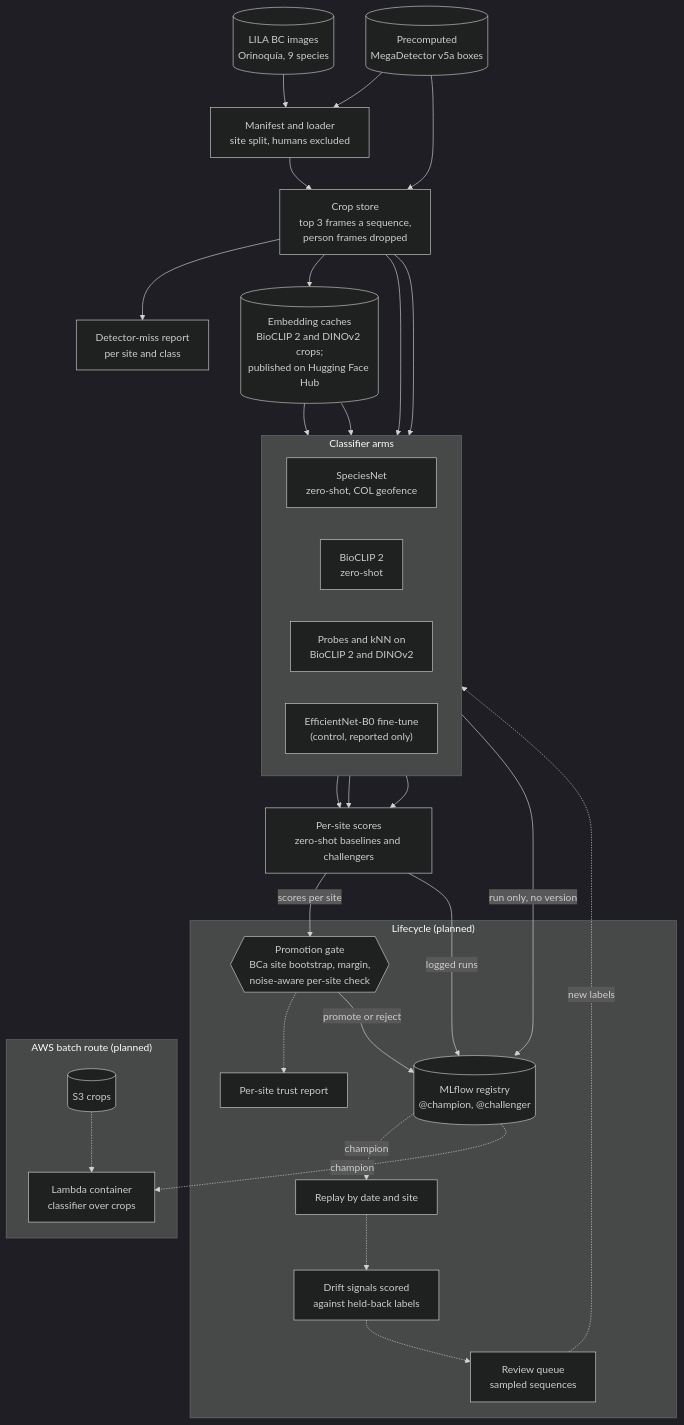
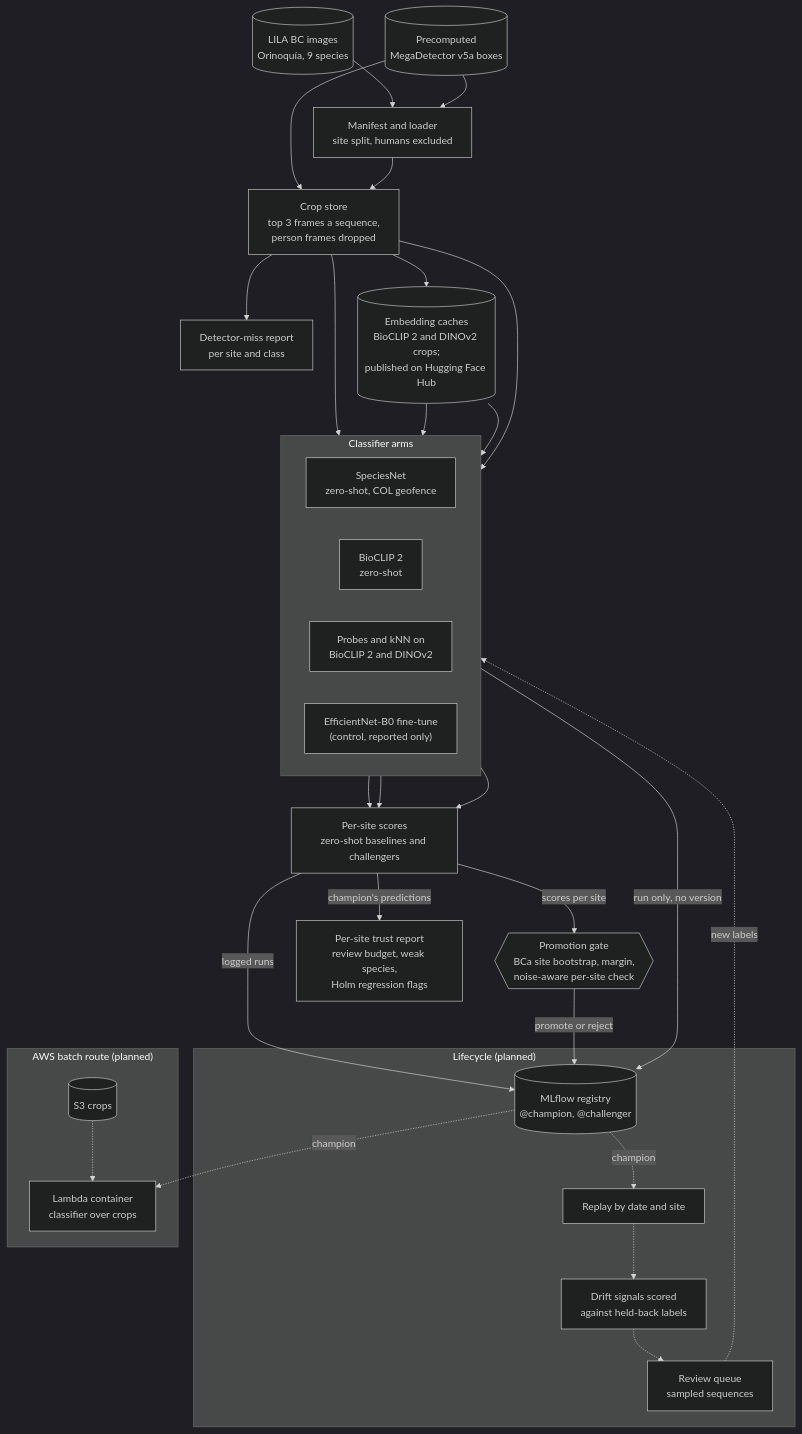
Before and after one commit to benmacp123/camera-trap-mlops: the diagram in README.md, drawn with Mermaid (dark theme). The commit also changed other lines of this file and 9 other files, not shown here.

First line of the commit message:
Add trust report generation for DINOv2 probe

````diff
--- a/README.md
+++ b/README.md
@@ -258,51 +295,52 @@
 ```mermaid
 flowchart TB
     lila[("LILA BC images<br>Orinoquía, 9 species")] --> manifest["Manifest and loader<br>site split, humans excluded"]
     mdv5a[("Precomputed<br>MegaDetector v5a boxes")] --> manifest
     mdv5a --> crops["Crop store<br>top 3 frames a sequence,<br>person frames dropped"]
     manifest --> crops
     crops --> misses["Detector-miss report<br>per site and class"]
     crops --> embeddings[("Embedding caches<br>BioCLIP 2 and DINOv2 crops;<br>published on Hugging Face Hub")]
 
     subgraph arms ["Classifier arms"]
         direction LR
         speciesnet["SpeciesNet<br>zero-shot, COL geofence"]
         bioclip["BioCLIP 2<br>zero-shot"]
         probe["Probes and kNN on<br>BioCLIP 2 and DINOv2"]
         cnn["EfficientNet-B0 fine-tune<br>(control, reported only)"]
     end
 
     crops --> speciesnet
     embeddings --> bioclip
     embeddings --> probe
     crops --> cnn
 
     speciesnet --> baselines["Per-site scores<br>zero-shot baselines and challengers"]
     bioclip --> baselines
     probe --> baselines
 
     gate{{"Promotion gate<br>BCa site bootstrap, margin,<br>noise-aware per-site check"}}
 
     mlflow[("MLflow registry<br>@champion, @challenger")]
 
+    report["Per-site trust report<br>review budget, weak species,<br>Holm regression flags"]
+
     subgraph lifecycle ["Lifecycle (planned)"]
-        report["Per-site trust report"]
         replay["Replay by date and site"]
         drift["Drift signals scored<br>against held-back labels"]
         review["Review queue<br>sampled sequences"]
-        gate -.-> report
         mlflow -. "champion" .-> replay -.-> drift -.-> review
     end
 
     baselines -- "scores per site" --> gate
+    baselines -- "champion's predictions" --> report
     baselines -- "logged runs" --> mlflow
     cnn -- "run only, no version" --> mlflow
     gate -- "promote or reject" --> mlflow
     review -. "new labels" .-> arms
 
     subgraph aws ["AWS batch route (planned)"]
         s3[("S3 crops")] -.-> lambda["Lambda container<br>classifier over crops"]
     end
 
     mlflow -. "champion" .-> lambda
 ```
````
